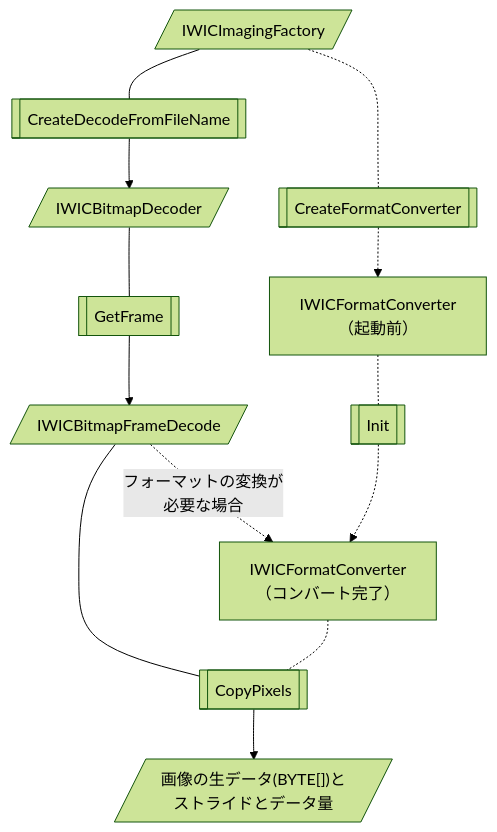
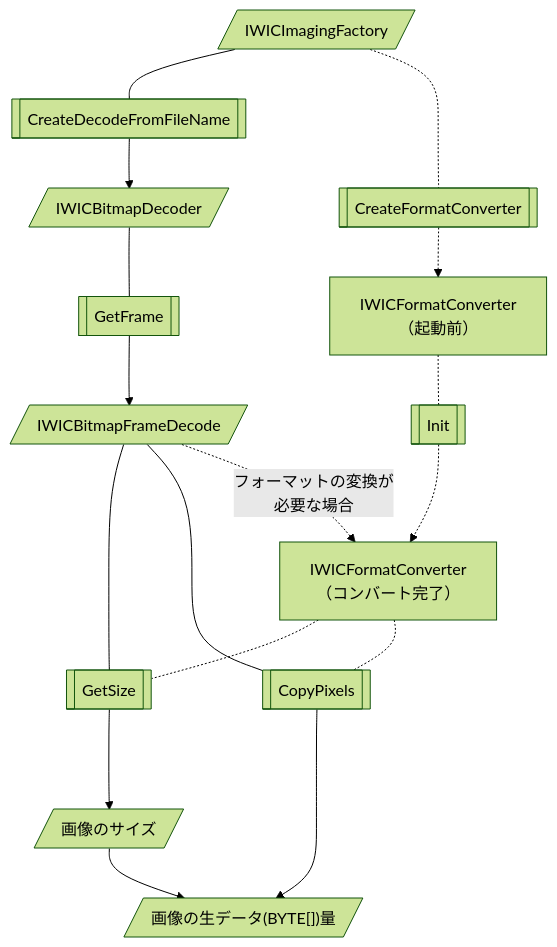
The second of 5 diagrams in README.md (t3HyperParallel/ReportGPGPU), drawn with Mermaid (forest theme) before and after one commit. The commit also changed other lines of this file, not shown here.

````diff
--- a/README.md
+++ b/README.md
@@ -37,16 +37,18 @@
 ```mermaid
 graph TD
   IWICImagingFactory[/"IWICImagingFactory"/]---IWICImagingFactory.CreateDecoderFromFileName[["CreateDecodeFromFileName"]]
   IWICImagingFactory.CreateDecoderFromFileName-->IWICBitmapDecoder[/"IWICBitmapDecoder"/]
   IWICBitmapDecoder---IWICBitmapDecoder.GetFrame[["GetFrame"]]
   IWICBitmapDecoder.GetFrame-->IWICBitmapFrameDecode[/"IWICBitmapFrameDecode"/]
+  IWICBitmapFrameDecode---IWICBitmapSource.GetSize[["GetSize"]]
+  IWICBitmapSource.GetSize--->size[/"画像のサイズ"/]
   IWICBitmapFrameDecode---IWICBitmapSource.CopyPixels[["CopyPixels"]]
-  IWICBitmapSource.CopyPixels-->rawAndMetaData[/"画像の生データ(BYTE[])とストライドとデータ量"/]
+  size & IWICBitmapSource.CopyPixels-->raw[/"画像の生データ(BYTE[])量"/]
   
   IWICImagingFactory-.-IWICImagingFactory.CreateFormatConverter[["CreateFormatConverter"]]
   IWICImagingFactory.CreateFormatConverter-.->unusedIWICFormatConverter["IWICFormatConverter<br/>（起動前）"]
   unusedIWICFormatConverter-.-IWICFormatConverter.Init[["Init"]]
   IWICBitmapFrameDecode-.->|フォーマットの変換が<br/>必要な場合|convertedIWICFormatConverter
   IWICFormatConverter.Init-.->convertedIWICFormatConverter["IWICFormatConverter<br/>（コンバート完了）"]
-  convertedIWICFormatConverter-.-IWICBitmapSource.CopyPixels
+  convertedIWICFormatConverter-.-IWICBitmapSource.GetSize & IWICBitmapSource.CopyPixels
 ```
````
